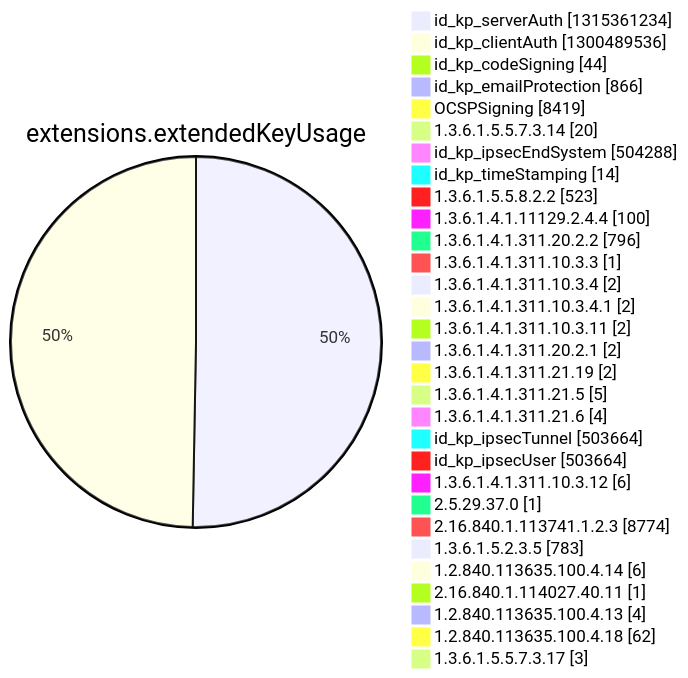
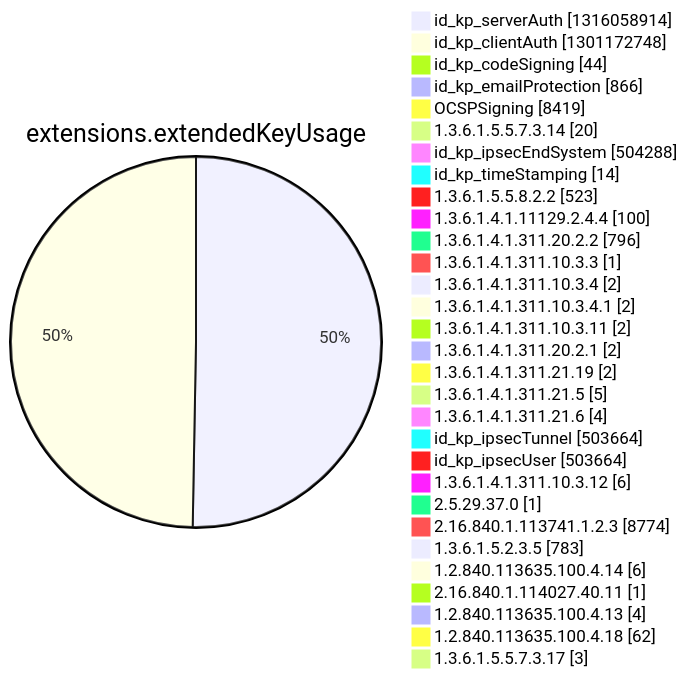
One commit to christiankrug/ctmonitor_visualization changed diagram 12 of 15 in argon2022/README.md. Above: the diagram before and after it, drawn with Mermaid. The commit also changed other lines of this file, not shown here.

````diff
--- a/argon2022/README.md
+++ b/argon2022/README.md
@@ -3552,34 +3552,34 @@
 ```mermaid
 pie showData
 title extensions.extendedKeyUsage
-"id_kp_serverAuth" :1315361234
-"id_kp_clientAuth" :1300489536
+"id_kp_serverAuth" :1316058914
+"id_kp_clientAuth" :1301172748
 "id_kp_codeSigning" :44
 "id_kp_emailProtection" :866
 "OCSPSigning" :8419
 "1.3.6.1.5.5.7.3.14" :20
 "id_kp_ipsecEndSystem" :504288
 "id_kp_timeStamping" :14
 "1.3.6.1.5.5.8.2.2" :523
 "1.3.6.1.4.1.11129.2.4.4" :100
 "1.3.6.1.4.1.311.20.2.2" :796
 "1.3.6.1.4.1.311.10.3.3" :1
 "1.3.6.1.4.1.311.10.3.4" :2
 "1.3.6.1.4.1.311.10.3.4.1" :2
 "1.3.6.1.4.1.311.10.3.11" :2
 "1.3.6.1.4.1.311.20.2.1" :2
 "1.3.6.1.4.1.311.21.19" :2
 "1.3.6.1.4.1.311.21.5" :5
 "1.3.6.1.4.1.311.21.6" :4
 "id_kp_ipsecTunnel" :503664
 "id_kp_ipsecUser" :503664
 "1.3.6.1.4.1.311.10.3.12" :6
 "2.5.29.37.0" :1
 "2.16.840.1.113741.1.2.3" :8774
 "1.3.6.1.5.2.3.5" :783
 "1.2.840.113635.100.4.14" :6
 "2.16.840.1.114027.40.11" :1
 "1.2.840.113635.100.4.13" :4
 "1.2.840.113635.100.4.18" :62
 "1.3.6.1.5.5.7.3.17" :3
 ```
````
